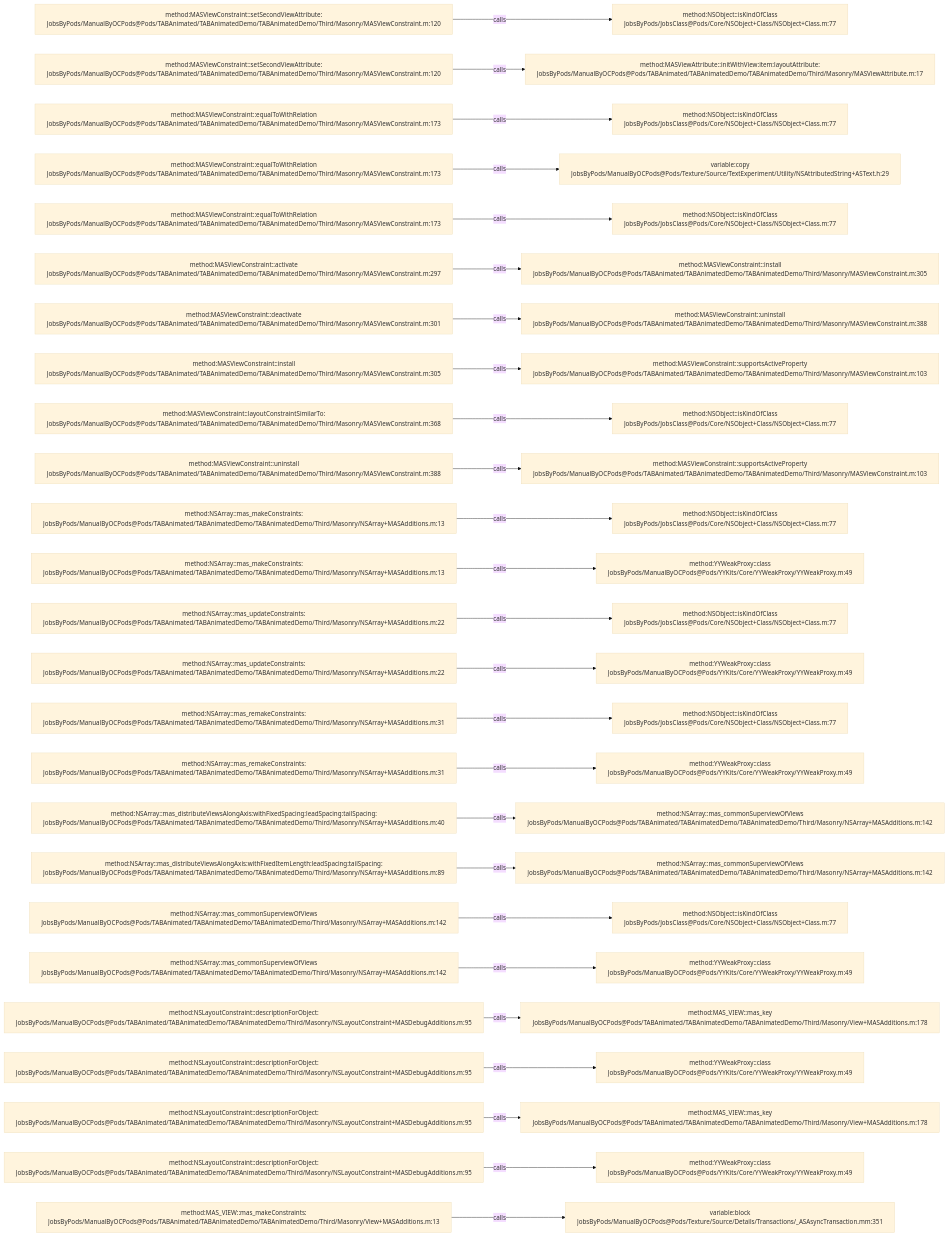
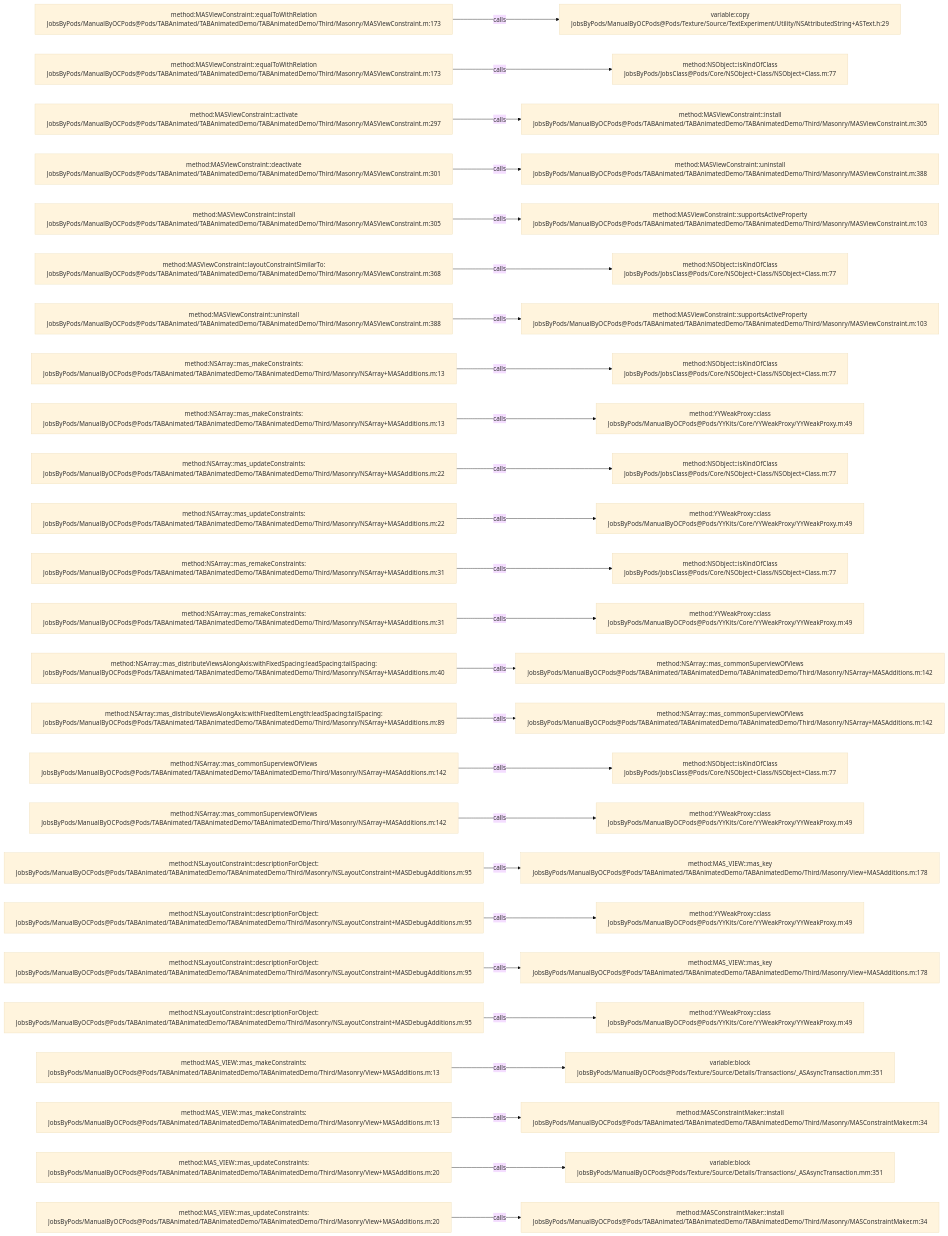
The diagram in .codegraph/codegraph.md/graphs/calls-047.md (JobsKits/JobsOCBaseConfigDemo), drawn with Mermaid (base theme) before and after one commit. The commit also changed 342 other files, not shown here.

````diff
--- a/.codegraph/codegraph.md/graphs/calls-047.md
+++ b/.codegraph/codegraph.md/graphs/calls-047.md
@@ -13,78 +13,78 @@
 ```mermaid
 flowchart LR
-  S1["method:MASViewConstraint::setSecondViewAttribute:<br/>JobsByPods/ManualByOCPods@Pods/TABAnimated/TABAnimatedDemo/TABAnimatedDemo/Third/Masonry/MASViewConstraint.m:120"]
-  T1["method:NSObject::isKindOfClass<br/>JobsByPods/JobsClass@Pods/Core/NSObject+Class/NSObject+Class.m:77"]
+  S1["method:MASViewConstraint::equalToWithRelation<br/>JobsByPods/ManualByOCPods@Pods/TABAnimated/TABAnimatedDemo/TABAnimatedDemo/Third/Masonry/MASViewConstraint.m:173"]
+  T1["variable:copy<br/>JobsByPods/ManualByOCPods@Pods/Texture/Source/TextExperiment/Utility/NSAttributedString+ASText.h:29"]
   S1 -->|calls| T1
-  S2["method:MASViewConstraint::setSecondViewAttribute:<br/>JobsByPods/ManualByOCPods@Pods/TABAnimated/TABAnimatedDemo/TABAnimatedDemo/Third/Masonry/MASViewConstraint.m:120"]
-  T2["method:MASViewAttribute::initWithView:item:layoutAttribute:<br/>JobsByPods/ManualByOCPods@Pods/TABAnimated/TABAnimatedDemo/TABAnimatedDemo/Third/Masonry/MASViewAttribute.m:17"]
+  S2["method:MASViewConstraint::equalToWithRelation<br/>JobsByPods/ManualByOCPods@Pods/TABAnimated/TABAnimatedDemo/TABAnimatedDemo/Third/Masonry/MASViewConstraint.m:173"]
+  T2["method:NSObject::isKindOfClass<br/>JobsByPods/JobsClass@Pods/Core/NSObject+Class/NSObject+Class.m:77"]
   S2 -->|calls| T2
-  S3["method:MASViewConstraint::equalToWithRelation<br/>JobsByPods/ManualByOCPods@Pods/TABAnimated/TABAnimatedDemo/TABAnimatedDemo/Third/Masonry/MASViewConstraint.m:173"]
-  T3["method:NSObject::isKindOfClass<br/>JobsByPods/JobsClass@Pods/Core/NSObject+Class/NSObject+Class.m:77"]
+  S3["method:MASViewConstraint::activate<br/>JobsByPods/ManualByOCPods@Pods/TABAnimated/TABAnimatedDemo/TABAnimatedDemo/Third/Masonry/MASViewConstraint.m:297"]
+  T3["method:MASViewConstraint::install<br/>JobsByPods/ManualByOCPods@Pods/TABAnimated/TABAnimatedDemo/TABAnimatedDemo/Third/Masonry/MASViewConstraint.m:305"]
   S3 -->|calls| T3
-  S4["method:MASViewConstraint::equalToWithRelation<br/>JobsByPods/ManualByOCPods@Pods/TABAnimated/TABAnimatedDemo/TABAnimatedDemo/Third/Masonry/MASViewConstraint.m:173"]
-  T4["variable:copy<br/>JobsByPods/ManualByOCPods@Pods/Texture/Source/TextExperiment/Utility/NSAttributedString+ASText.h:29"]
+  S4["method:MASViewConstraint::deactivate<br/>JobsByPods/ManualByOCPods@Pods/TABAnimated/TABAnimatedDemo/TABAnimatedDemo/Third/Masonry/MASViewConstraint.m:301"]
+  T4["method:MASViewConstraint::uninstall<br/>JobsByPods/ManualByOCPods@Pods/TABAnimated/TABAnimatedDemo/TABAnimatedDemo/Third/Masonry/MASViewConstraint.m:388"]
   S4 -->|calls| T4
-  S5["method:MASViewConstraint::equalToWithRelation<br/>JobsByPods/ManualByOCPods@Pods/TABAnimated/TABAnimatedDemo/TABAnimatedDemo/Third/Masonry/MASViewConstraint.m:173"]
-  T5["method:NSObject::isKindOfClass<br/>JobsByPods/JobsClass@Pods/Core/NSObject+Class/NSObject+Class.m:77"]
+  S5["method:MASViewConstraint::install<br/>JobsByPods/ManualByOCPods@Pods/TABAnimated/TABAnimatedDemo/TABAnimatedDemo/Third/Masonry/MASViewConstraint.m:305"]
+  T5["method:MASViewConstraint::supportsActiveProperty<br/>JobsByPods/ManualByOCPods@Pods/TABAnimated/TABAnimatedDemo/TABAnimatedDemo/Third/Masonry/MASViewConstraint.m:103"]
   S5 -->|calls| T5
-  S6["method:MASViewConstraint::activate<br/>JobsByPods/ManualByOCPods@Pods/TABAnimated/TABAnimatedDemo/TABAnimatedDemo/Third/Masonry/MASViewConstraint.m:297"]
-  T6["method:MASViewConstraint::install<br/>JobsByPods/ManualByOCPods@Pods/TABAnimated/TABAnimatedDemo/TABAnimatedDemo/Third/Masonry/MASViewConstraint.m:305"]
+  S6["method:MASViewConstraint::layoutConstraintSimilarTo:<br/>JobsByPods/ManualByOCPods@Pods/TABAnimated/TABAnimatedDemo/TABAnimatedDemo/Third/Masonry/MASViewConstraint.m:368"]
+  T6["method:NSObject::isKindOfClass<br/>JobsByPods/JobsClass@Pods/Core/NSObject+Class/NSObject+Class.m:77"]
   S6 -->|calls| T6
-  S7["method:MASViewConstraint::deactivate<br/>JobsByPods/ManualByOCPods@Pods/TABAnimated/TABAnimatedDemo/TABAnimatedDemo/Third/Masonry/MASViewConstraint.m:301"]
-  T7["method:MASViewConstraint::uninstall<br/>JobsByPods/ManualByOCPods@Pods/TABAnimated/TABAnimatedDemo/TABAnimatedDemo/Third/Masonry/MASViewConstraint.m:388"]
+  S7["method:MASViewConstraint::uninstall<br/>JobsByPods/ManualByOCPods@Pods/TABAnimated/TABAnimatedDemo/TABAnimatedDemo/Third/Masonry/MASViewConstraint.m:388"]
+  T7["method:MASViewConstraint::supportsActiveProperty<br/>JobsByPods/ManualByOCPods@Pods/TABAnimated/TABAnimatedDemo/TABAnimatedDemo/Third/Masonry/MASViewConstraint.m:103"]
   S7 -->|calls| T7
-  S8["method:MASViewConstraint::install<br/>JobsByPods/ManualByOCPods@Pods/TABAnimated/TABAnimatedDemo/TABAnimatedDemo/Third/Masonry/MASViewConstraint.m:305"]
-  T8["method:MASViewConstraint::supportsActiveProperty<br/>JobsByPods/ManualByOCPods@Pods/TABAnimated/TABAnimatedDemo/TABAnimatedDemo/Third/Masonry/MASViewConstraint.m:103"]
+  S8["method:NSArray::mas_makeConstraints:<br/>JobsByPods/ManualByOCPods@Pods/TABAnimated/TABAnimatedDemo/TABAnimatedDemo/Third/Masonry/NSArray+MASAdditions.m:13"]
+  T8["method:NSObject::isKindOfClass<br/>JobsByPods/JobsClass@Pods/Core/NSObject+Class/NSObject+Class.m:77"]
   S8 -->|calls| T8
-  S9["method:MASViewConstraint::layoutConstraintSimilarTo:<br/>JobsByPods/ManualByOCPods@Pods/TABAnimated/TABAnimatedDemo/TABAnimatedDemo/Third/Masonry/MASViewConstraint.m:368"]
-  T9["method:NSObject::isKindOfClass<br/>JobsByPods/JobsClass@Pods/Core/NSObject+Class/NSObject+Class.m:77"]
+  S9["method:NSArray::mas_makeConstraints:<br/>JobsByPods/ManualByOCPods@Pods/TABAnimated/TABAnimatedDemo/TABAnimatedDemo/Third/Masonry/NSArray+MASAdditions.m:13"]
+  T9["method:YYWeakProxy::class<br/>JobsByPods/ManualByOCPods@Pods/YYKits/Core/YYWeakProxy/YYWeakProxy.m:49"]
   S9 -->|calls| T9
-  S10["method:MASViewConstraint::uninstall<br/>JobsByPods/ManualByOCPods@Pods/TABAnimated/TABAnimatedDemo/TABAnimatedDemo/Third/Masonry/MASViewConstraint.m:388"]
-  T10["method:MASViewConstraint::supportsActiveProperty<br/>JobsByPods/ManualByOCPods@Pods/TABAnimated/TABAnimatedDemo/TABAnimatedDemo/Third/Masonry/MASViewConstraint.m:103"]
+  S10["method:NSArray::mas_updateConstraints:<br/>JobsByPods/ManualByOCPods@Pods/TABAnimated/TABAnimatedDemo/TABAnimatedDemo/Third/Masonry/NSArray+MASAdditions.m:22"]
+  T10["method:NSObject::isKindOfClass<br/>JobsByPods/JobsClass@Pods/Core/NSObject+Class/NSObject+Class.m:77"]
   S10 -->|calls| T10
-  S11["method:NSArray::mas_makeConstraints:<br/>JobsByPods/ManualByOCPods@Pods/TABAnimated/TABAnimatedDemo/TABAnimatedDemo/Third/Masonry/NSArray+MASAdditions.m:13"]
-  T11["method:NSObject::isKindOfClass<br/>JobsByPods/JobsClass@Pods/Core/NSObject+Class/NSObject+Class.m:77"]
+  S11["method:NSArray::mas_updateConstraints:<br/>JobsByPods/ManualByOCPods@Pods/TABAnimated/TABAnimatedDemo/TABAnimatedDemo/Third/Masonry/NSArray+MASAdditions.m:22"]
+  T11["method:YYWeakProxy::class<br/>JobsByPods/ManualByOCPods@Pods/YYKits/Core/YYWeakProxy/YYWeakProxy.m:49"]
   S11 -->|calls| T11
-  S12["method:NSArray::mas_makeConstraints:<br/>JobsByPods/ManualByOCPods@Pods/TABAnimated/TABAnimatedDemo/TABAnimatedDemo/Third/Masonry/NSArray+MASAdditions.m:13"]
-  T12["method:YYWeakProxy::class<br/>JobsByPods/ManualByOCPods@Pods/YYKits/Core/YYWeakProxy/YYWeakProxy.m:49"]
+  S12["method:NSArray::mas_remakeConstraints:<br/>JobsByPods/ManualByOCPods@Pods/TABAnimated/TABAnimatedDemo/TABAnimatedDemo/Third/Masonry/NSArray+MASAdditions.m:31"]
+  T12["method:NSObject::isKindOfClass<br/>JobsByPods/JobsClass@Pods/Core/NSObject+Class/NSObject+Class.m:77"]
   S12 -->|calls| T12
-  S13["method:NSArray::mas_updateConstraints:<br/>JobsByPods/ManualByOCPods@Pods/TABAnimated/TABAnimatedDemo/TABAnimatedDemo/Third/Masonry/NSArray+MASAdditions.m:22"]
-  T13["method:NSObject::isKindOfClass<br/>JobsByPods/JobsClass@Pods/Core/NSObject+Class/NSObject+Class.m:77"]
+  S13["method:NSArray::mas_remakeConstraints:<br/>JobsByPods/ManualByOCPods@Pods/TABAnimated/TABAnimatedDemo/TABAnimatedDemo/Third/Masonry/NSArray+MASAdditions.m:31"]
+  T13["method:YYWeakProxy::class<br/>JobsByPods/ManualByOCPods@Pods/YYKits/Core/YYWeakProxy/YYWeakProxy.m:49"]
   S13 -->|calls| T13
-  S14["method:NSArray::mas_updateConstraints:<br/>JobsByPods/ManualByOCPods@Pods/TABAnimated/TABAnimatedDemo/TABAnimatedDemo/Third/Masonry/NSArray+MASAdditions.m:22"]
-  T14["method:YYWeakProxy::class<br/>JobsByPods/ManualByOCPods@Pods/YYKits/Core/YYWeakProxy/YYWeakProxy.m:49"]
+  S14["method:NSArray::mas_distributeViewsAlongAxis:withFixedSpacing:leadSpacing:tailSpacing:<br/>JobsByPods/ManualByOCPods@Pods/TABAnimated/TABAnimatedDemo/TABAnimatedDemo/Third/Masonry/NSArray+MASAdditions.m:40"]
+  T14["method:NSArray::mas_commonSuperviewOfViews<br/>JobsByPods/ManualByOCPods@Pods/TABAnimated/TABAnimatedDemo/TABAnimatedDemo/Third/Masonry/NSArray+MASAdditions.m:142"]
   S14 -->|calls| T14
-  S15["method:NSArray::mas_remakeConstraints:<br/>JobsByPods/ManualByOCPods@Pods/TABAnimated/TABAnimatedDemo/TABAnimatedDemo/Third/Masonry/NSArray+MASAdditions.m:31"]
-  T15["method:NSObject::isKindOfClass<br/>JobsByPods/JobsClass@Pods/Core/NSObject+Class/NSObject+Class.m:77"]
+  S15["method:NSArray::mas_distributeViewsAlongAxis:withFixedItemLength:leadSpacing:tailSpacing:<br/>JobsByPods/ManualByOCPods@Pods/TABAnimated/TABAnimatedDemo/TABAnimatedDemo/Third/Masonry/NSArray+MASAdditions.m:89"]
+  T15["method:NSArray::mas_commonSuperviewOfViews<br/>JobsByPods/ManualByOCPods@Pods/TABAnimated/TABAnimatedDemo/TABAnimatedDemo/Third/Masonry/NSArray+MASAdditions.m:142"]
   S15 -->|calls| T15
-  S16["method:NSArray::mas_remakeConstraints:<br/>JobsByPods/ManualByOCPods@Pods/TABAnimated/TABAnimatedDemo/TABAnimatedDemo/Third/Masonry/NSArray+MASAdditions.m:31"]
-  T16["method:YYWeakProxy::class<br/>JobsByPods/ManualByOCPods@Pods/YYKits/Core/YYWeakProxy/YYWeakProxy.m:49"]
+  S16["method:NSArray::mas_commonSuperviewOfViews<br/>JobsByPods/ManualByOCPods@Pods/TABAnimated/TABAnimatedDemo/TABAnimatedDemo/Third/Masonry/NSArray+MASAdditions.m:142"]
+  T16["method:NSObject::isKindOfClass<br/>JobsByPods/JobsClass@Pods/Core/NSObject+Class/NSObject+Class.m:77"]
   S16 -->|calls| T16
-  S17["method:NSArray::mas_distributeViewsAlongAxis:withFixedSpacing:leadSpacing:tailSpacing:<br/>JobsByPods/ManualByOCPods@Pods/TABAnimated/TABAnimatedDemo/TABAnimatedDemo/Third/Masonry/NSArray+MASAdditions.m:40"]
-  T17["method:NSArray::mas_commonSuperviewOfViews<br/>JobsByPods/ManualByOCPods@Pods/TABAnimated/TABAnimatedDemo/TABAnimatedDemo/Third/Masonry/NSArray+MASAdditions.m:142"]
+  S17["method:NSArray::mas_commonSuperviewOfViews<br/>JobsByPods/ManualByOCPods@Pods/TABAnimated/TABAnimatedDemo/TABAnimatedDemo/Third/Masonry/NSArray+MASAdditions.m:142"]
+  T17["method:YYWeakProxy::class<br/>JobsByPods/ManualByOCPods@Pods/YYKits/Core/YYWeakProxy/YYWeakProxy.m:49"]
   S17 -->|calls| T17
-  S18["method:NSArray::mas_distributeViewsAlongAxis:withFixedItemLength:leadSpacing:tailSpacing:<br/>JobsByPods/ManualByOCPods@Pods/TABAnimated/TABAnimatedDemo/TABAnimatedDemo/Third/Masonry/NSArray+MASAdditions.m:89"]
-  T18["method:NSArray::mas_commonSuperviewOfViews<br/>JobsByPods/ManualByOCPods@Pods/TABAnimated/TABAnimatedDemo/TABAnimatedDemo/Third/Masonry/NSArray+MASAdditions.m:142"]
+  S18["method:NSLayoutConstraint::descriptionForObject:<br/>JobsByPods/ManualByOCPods@Pods/TABAnimated/TABAnimatedDemo/TABAnimatedDemo/Third/Masonry/NSLayoutConstraint+MASDebugAdditions.m:95"]
+  T18["method:MAS_VIEW::mas_key<br/>JobsByPods/ManualByOCPods@Pods/TABAnimated/TABAnimatedDemo/TABAnimatedDemo/Third/Masonry/View+MASAdditions.m:178"]
   S18 -->|calls| T18
-  S19["method:NSArray::mas_commonSuperviewOfViews<br/>JobsByPods/ManualByOCPods@Pods/TABAnimated/TABAnimatedDemo/TABAnimatedDemo/Third/Masonry/NSArray+MASAdditions.m:142"]
-  T19["method:NSObject::isKindOfClass<br/>JobsByPods/JobsClass@Pods/Core/NSObject+Class/NSObject+Class.m:77"]
+  S19["method:NSLayoutConstraint::descriptionForObject:<br/>JobsByPods/ManualByOCPods@Pods/TABAnimated/TABAnimatedDemo/TABAnimatedDemo/Third/Masonry/NSLayoutConstraint+MASDebugAdditions.m:95"]
+  T19["method:YYWeakProxy::class<br/>JobsByPods/ManualByOCPods@Pods/YYKits/Core/YYWeakProxy/YYWeakProxy.m:49"]
   S19 -->|calls| T19
-  S20["method:NSArray::mas_commonSuperviewOfViews<br/>JobsByPods/ManualByOCPods@Pods/TABAnimated/TABAnimatedDemo/TABAnimatedDemo/Third/Masonry/NSArray+MASAdditions.m:142"]
-  T20["method:YYWeakProxy::class<br/>JobsByPods/ManualByOCPods@Pods/YYKits/Core/YYWeakProxy/YYWeakProxy.m:49"]
+  S20["method:NSLayoutConstraint::descriptionForObject:<br/>JobsByPods/ManualByOCPods@Pods/TABAnimated/TABAnimatedDemo/TABAnimatedDemo/Third/Masonry/NSLayoutConstraint+MASDebugAdditions.m:95"]
+  T20["method:MAS_VIEW::mas_key<br/>JobsByPods/ManualByOCPods@Pods/TABAnimated/TABAnimatedDemo/TABAnimatedDemo/Third/Masonry/View+MASAdditions.m:178"]
   S20 -->|calls| T20
   S21["method:NSLayoutConstraint::descriptionForObject:<br/>JobsByPods/ManualByOCPods@Pods/TABAnimated/TABAnimatedDemo/TABAnimatedDemo/Third/Masonry/NSLayoutConstraint+MASDebugAdditions.m:95"]
-  T21["method:MAS_VIEW::mas_key<br/>JobsByPods/ManualByOCPods@Pods/TABAnimated/TABAnimatedDemo/TABAnimatedDemo/Third/Masonry/View+MASAdditions.m:178"]
+  T21["method:YYWeakProxy::class<br/>JobsByPods/ManualByOCPods@Pods/YYKits/Core/YYWeakProxy/YYWeakProxy.m:49"]
   S21 -->|calls| T21
-  S22["method:NSLayoutConstraint::descriptionForObject:<br/>JobsByPods/ManualByOCPods@Pods/TABAnimated/TABAnimatedDemo/TABAnimatedDemo/Third/Masonry/NSLayoutConstraint+MASDebugAdditions.m:95"]
-  T22["method:YYWeakProxy::class<br/>JobsByPods/ManualByOCPods@Pods/YYKits/Core/YYWeakProxy/YYWeakProxy.m:49"]
+  S22["method:MAS_VIEW::mas_makeConstraints:<br/>JobsByPods/ManualByOCPods@Pods/TABAnimated/TABAnimatedDemo/TABAnimatedDemo/Third/Masonry/View+MASAdditions.m:13"]
+  T22["variable:block<br/>JobsByPods/ManualByOCPods@Pods/Texture/Source/Details/Transactions/_ASAsyncTransaction.mm:351"]
   S22 -->|calls| T22
-  S23["method:NSLayoutConstraint::descriptionForObject:<br/>JobsByPods/ManualByOCPods@Pods/TABAnimated/TABAnimatedDemo/TABAnimatedDemo/Third/Masonry/NSLayoutConstraint+MASDebugAdditions.m:95"]
-  T23["method:MAS_VIEW::mas_key<br/>JobsByPods/ManualByOCPods@Pods/TABAnimated/TABAnimatedDemo/TABAnimatedDemo/Third/Masonry/View+MASAdditions.m:178"]
+  S23["method:MAS_VIEW::mas_makeConstraints:<br/>JobsByPods/ManualByOCPods@Pods/TABAnimated/TABAnimatedDemo/TABAnimatedDemo/Third/Masonry/View+MASAdditions.m:13"]
+  T23["method:MASConstraintMaker::install<br/>JobsByPods/ManualByOCPods@Pods/TABAnimated/TABAnimatedDemo/TABAnimatedDemo/Third/Masonry/MASConstraintMaker.m:34"]
   S23 -->|calls| T23
-  S24["method:NSLayoutConstraint::descriptionForObject:<br/>JobsByPods/ManualByOCPods@Pods/TABAnimated/TABAnimatedDemo/TABAnimatedDemo/Third/Masonry/NSLayoutConstraint+MASDebugAdditions.m:95"]
-  T24["method:YYWeakProxy::class<br/>JobsByPods/ManualByOCPods@Pods/YYKits/Core/YYWeakProxy/YYWeakProxy.m:49"]
+  S24["method:MAS_VIEW::mas_updateConstraints:<br/>JobsByPods/ManualByOCPods@Pods/TABAnimated/TABAnimatedDemo/TABAnimatedDemo/Third/Masonry/View+MASAdditions.m:20"]
+  T24["variable:block<br/>JobsByPods/ManualByOCPods@Pods/Texture/Source/Details/Transactions/_ASAsyncTransaction.mm:351"]
   S24 -->|calls| T24
-  S25["method:MAS_VIEW::mas_makeConstraints:<br/>JobsByPods/ManualByOCPods@Pods/TABAnimated/TABAnimatedDemo/TABAnimatedDemo/Third/Masonry/View+MASAdditions.m:13"]
-  T25["variable:block<br/>JobsByPods/ManualByOCPods@Pods/Texture/Source/Details/Transactions/_ASAsyncTransaction.mm:351"]
+  S25["method:MAS_VIEW::mas_updateConstraints:<br/>JobsByPods/ManualByOCPods@Pods/TABAnimated/TABAnimatedDemo/TABAnimatedDemo/Third/Masonry/View+MASAdditions.m:20"]
+  T25["method:MASConstraintMaker::install<br/>JobsByPods/ManualByOCPods@Pods/TABAnimated/TABAnimatedDemo/TABAnimatedDemo/Third/Masonry/MASConstraintMaker.m:34"]
   S25 -->|calls| T25
 ```
````
